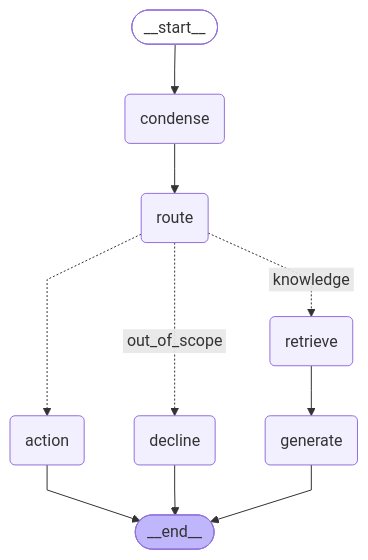
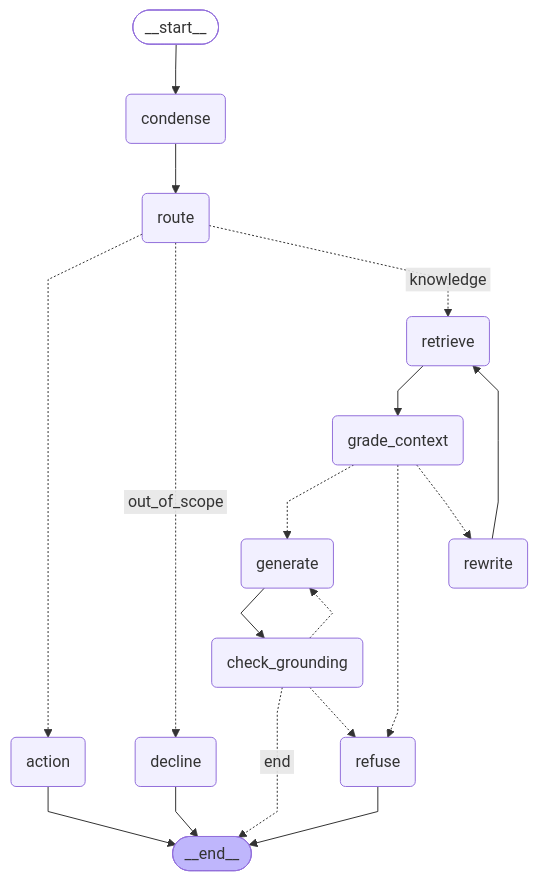
The diagram in docs/graph.mmd (DevBachani/securerag), drawn with Mermaid before and after one commit. The commit also changed 9 other files, not shown here.

First line of the commit message:
feat(agent): context grading, query rewriting and grounding check

```diff
--- a/docs/graph.mmd
+++ b/docs/graph.mmd
@@ -1,26 +1,38 @@
 ---
 config:
   flowchart:
     curve: linear
 ---
 graph TD;
 	__start__([<p>__start__</p>]):::first
 	condense(condense)
 	route(route)
 	retrieve(retrieve)
+	grade_context(grade_context)
+	rewrite(rewrite)
 	generate(generate)
+	check_grounding(check_grounding)
+	refuse(refuse)
 	decline(decline)
 	action(action)
 	__end__([<p>__end__</p>]):::last
 	__start__ --> condense;
+	check_grounding -. &nbsp;end&nbsp; .-> __end__;
+	check_grounding -.-> generate;
+	check_grounding -.-> refuse;
 	condense --> route;
-	retrieve --> generate;
+	generate --> check_grounding;
+	grade_context -.-> generate;
+	grade_context -.-> refuse;
+	grade_context -.-> rewrite;
+	retrieve --> grade_context;
+	rewrite --> retrieve;
 	route -.-> action;
 	route -. &nbsp;out_of_scope&nbsp; .-> decline;
 	route -. &nbsp;knowledge&nbsp; .-> retrieve;
 	action --> __end__;
 	decline --> __end__;
-	generate --> __end__;
+	refuse --> __end__;
 	classDef default fill:#f2f0ff,line-height:1.2
 	classDef first fill-opacity:0
 	classDef last fill:#bfb6fc
```
